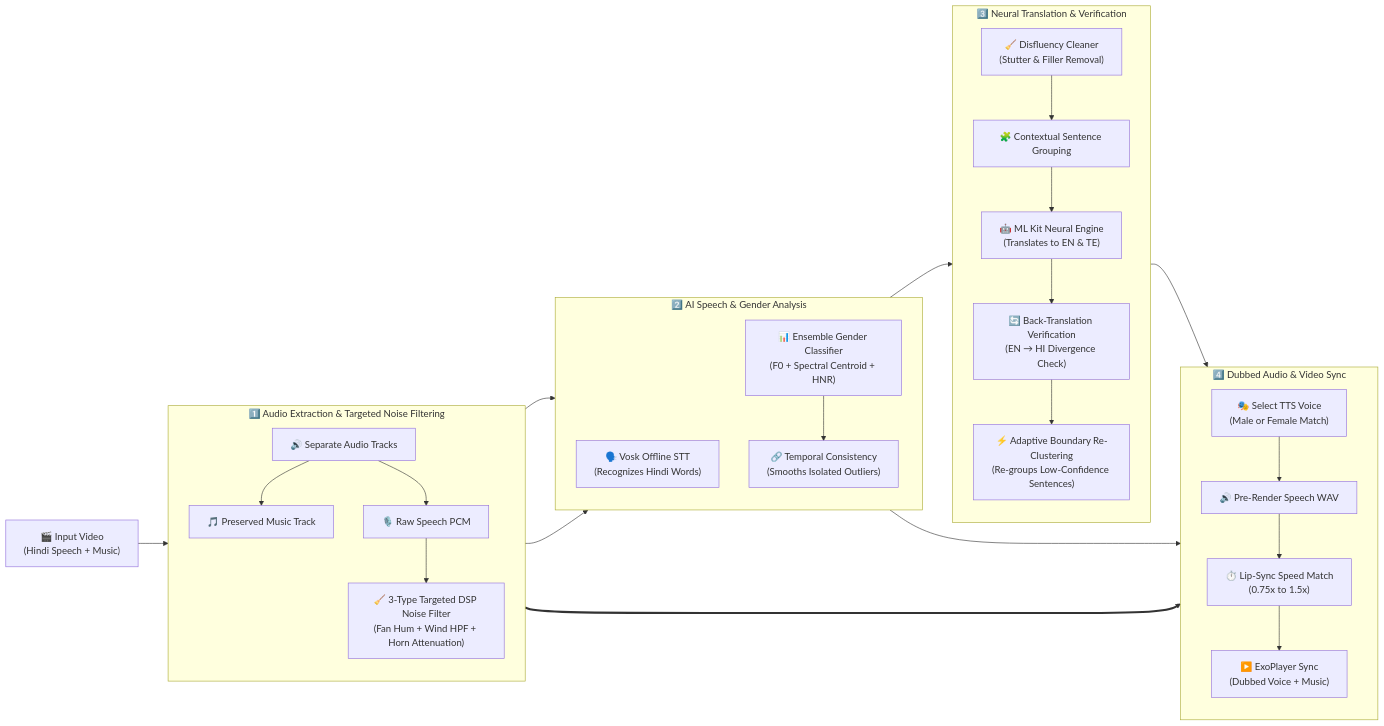
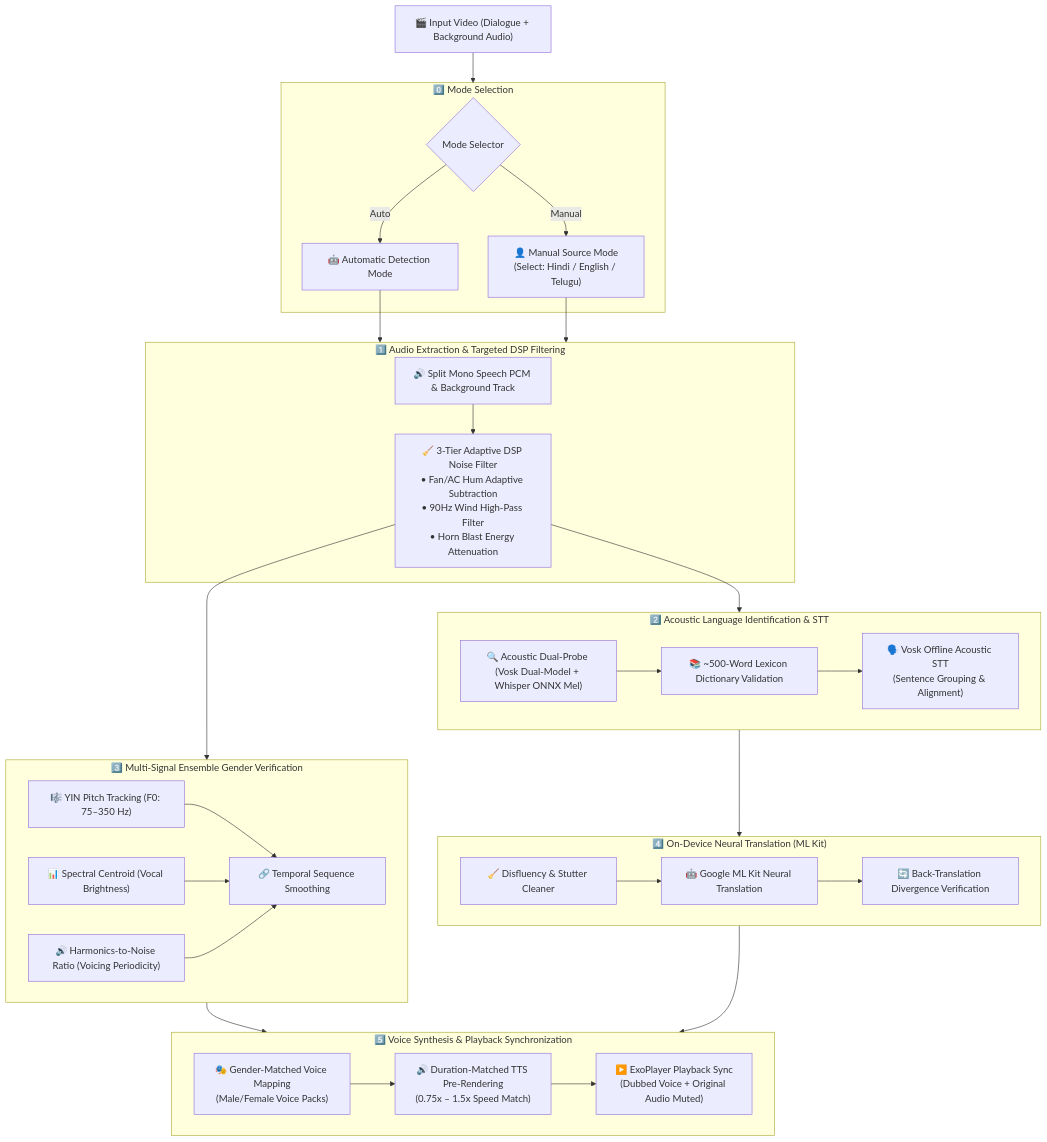
Before and after one commit to SyedSaad8008/Video-Translator: the diagram in README.md, drawn with Mermaid. The commit also changed other lines of this file, not shown here.

Commit message:
docs: update README with cloud vs on-device analysis, privacy philosophy, unlimited usage, gender verification, and Telugu limitations

````diff
--- a/README.md
+++ b/README.md
@@ -11,65 +40,69 @@
 ```mermaid
-flowchart LR
+flowchart TD
     %% Inputs
-    VIDEO["🎬 Input Video<br>(Hindi Speech + Music)"]
+    VIDEO["🎬 Input Video (Dialogue + Background Audio)"]
 
-    %% Phase 1: Audio Processing & Targeted Noise Removal
-    subgraph P1 ["1️⃣ Audio Extraction & Targeted Noise Filtering"]
-        direction TB
-        EXTRACT["🔊 Separate Audio Tracks"]
-        MUSIC["🎵 Preserved Music Track"]
-        SPEECH["🎙️ Raw Speech PCM"]
-        NOISE["🧹 3-Type Targeted DSP Noise Filter<br>(Fan Hum + Wind HPF + Horn Attenuation)"]
-
-        EXTRACT --> MUSIC
-        EXTRACT --> SPEECH
-        SPEECH --> NOISE
+    %% Mode Selection
+    subgraph S0 ["0️⃣ Mode Selection"]
+        MODE{"Mode Selector"}
+        AUTO["🤖 Automatic Detection Mode"]
+        MANUAL["👤 Manual Source Mode<br>(Select: Hindi / English / Telugu)"]
+        MODE -->|Auto| AUTO
+        MODE -->|Manual| MANUAL
     end
 
-    %% Phase 2: AI Speech & Multi-Signal Gender Analysis
-    subgraph P2 ["2️⃣ AI Speech & Gender Analysis"]
-        direction TB
-        STT["🗣️ Vosk Offline STT<br>(Recognizes Hindi Words)"]
-        PITCH["📊 Ensemble Gender Classifier<br>(F0 + Spectral Centroid + HNR)"]
-        SMOOTH["🔗 Temporal Consistency<br>(Smooths Isolated Outliers)"]
-
-        PITCH --> SMOOTH
+    %% Phase 1: Audio Extraction & DSP Noise Reduction
+    subgraph P1 ["1️⃣ Audio Extraction & Targeted DSP Filtering"]
+        EXTRACT["🔊 Split Mono Speech PCM & Background Track"]
+        NOISE["🧹 3-Tier Adaptive DSP Noise Filter<br>• Fan/AC Hum Adaptive Subtraction<br>• 90Hz Wind High-Pass Filter<br>• Horn Blast Energy Attenuation"]
+        EXTRACT --> NOISE
     end
 
-    %% Phase 3: Smart Translation & Self-Verification
-    subgraph P3 ["3️⃣ Neural Translation & Verification"]
-        direction TB
-        CLEAN["🧹 Disfluency Cleaner<br>(Stutter & Filler Removal)"]
-        CLUSTER["🧩 Contextual Sentence Grouping"]
-        TRANSLATE["🤖 ML Kit Neural Engine<br>(Translates to EN & TE)"]
-        VERIFY["🔄 Back-Translation Verification<br>(EN → HI Divergence Check)"]
-        RECLUSTER["⚡ Adaptive Boundary Re-Clustering<br>(Re-groups Low-Confidence Sentences)"]
-
-        CLEAN --> CLUSTER
-        CLUSTER --> TRANSLATE
-        TRANSLATE --> VERIFY
-        VERIFY --> RECLUSTER
+    %% Phase 2: Speech Recognition & Language Detection
+    subgraph P2 ["2️⃣ Acoustic Language Identification & STT"]
+        PROBE["🔍 Acoustic Dual-Probe (Vosk Dual-Model + Whisper ONNX Mel)"]
+        DICT["📚 ~500-Word Lexicon Dictionary Validation"]
+        STT["🗣️ Vosk Offline Acoustic STT<br>(Sentence Grouping & Alignment)"]
+        PROBE --> DICT
+        DICT --> STT
     end
 
-    %% Phase 4: Voice Synthesis & Video Playback
-    subgraph P4 ["4️⃣ Dubbed Audio & Video Sync"]
-        direction TB
-        VOICE["🎭 Select TTS Voice<br>(Male or Female Match)"]
-        TTS["🔊 Pre-Render Speech WAV"]
-        SPEED["⏱️ Lip-Sync Speed Match<br>(0.75x to 1.5x)"]
-        PLAYBACK["▶️ ExoPlayer Sync<br>(Dubbed Voice + Music)"]
-
-        VOICE --> TTS
-        TTS --> SPEED
-        SPEED --> PLAYBACK
+    %% Phase 3: Gender Verification & Pitch Ensemble
+    subgraph P3 ["3️⃣ Multi-Signal Ensemble Gender Verification"]
+        YIN["🎼 YIN Pitch Tracking (F0: 75–350 Hz)"]
+        SC["📊 Spectral Centroid (Vocal Brightness)"]
+        HNR["🔊 Harmonics-to-Noise Ratio (Voicing Periodicity)"]
+        SMOOTH["🔗 Temporal Sequence Smoothing"]
+        YIN --> SMOOTH
+        SC --> SMOOTH
+        HNR --> SMOOTH
     end
 
-    %% Main Pipeline Flow
-    VIDEO --> EXTRACT
-    NOISE --> STT
-    NOISE --> PITCH
-    STT --> CLUSTER
-    TRANSLATE --> VOICE
-    SMOOTH --> VOICE
-    MUSIC ==> PLAYBACK
+    %% Phase 4: Neural Translation & Verification
+    subgraph P4 ["4️⃣ On-Device Neural Translation (ML Kit)"]
+        DISFLUENCY["🧹 Disfluency & Stutter Cleaner"]
+        NMT["🤖 Google ML Kit Neural Translation"]
+        VERIFY["🔄 Back-Translation Divergence Verification"]
+        DISFLUENCY --> NMT
+        NMT --> VERIFY
+    end
+
+    %% Phase 5: Voice Synthesis & Video Playback
+    subgraph P5 ["5️⃣ Voice Synthesis & Playback Synchronization"]
+        VOICE["🎭 Gender-Matched Voice Mapping<br>(Male/Female Voice Packs)"]
+        SYNTH["🔊 Duration-Matched TTS Pre-Rendering<br>(0.75x – 1.5x Speed Match)"]
+        PLAY["▶️ ExoPlayer Playback Sync<br>(Dubbed Voice + Original Audio Muted)"]
+        VOICE --> SYNTH
+        SYNTH --> PLAY
+    end
+
+    %% Pipeline Connections
+    VIDEO --> S0
+    AUTO --> P1
+    MANUAL --> P1
+    NOISE --> P2
+    NOISE --> P3
+    P2 --> P4
+    P3 --> P5
+    P4 --> P5
 ```
````
